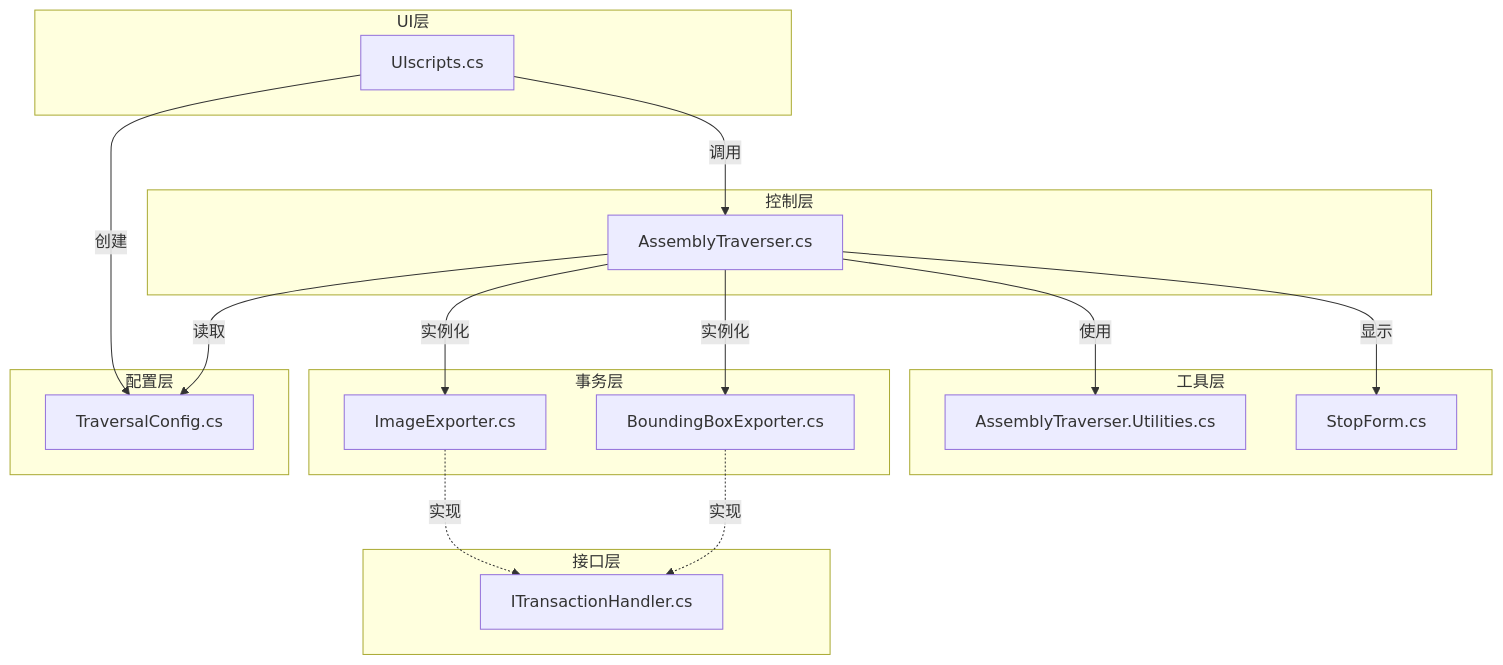
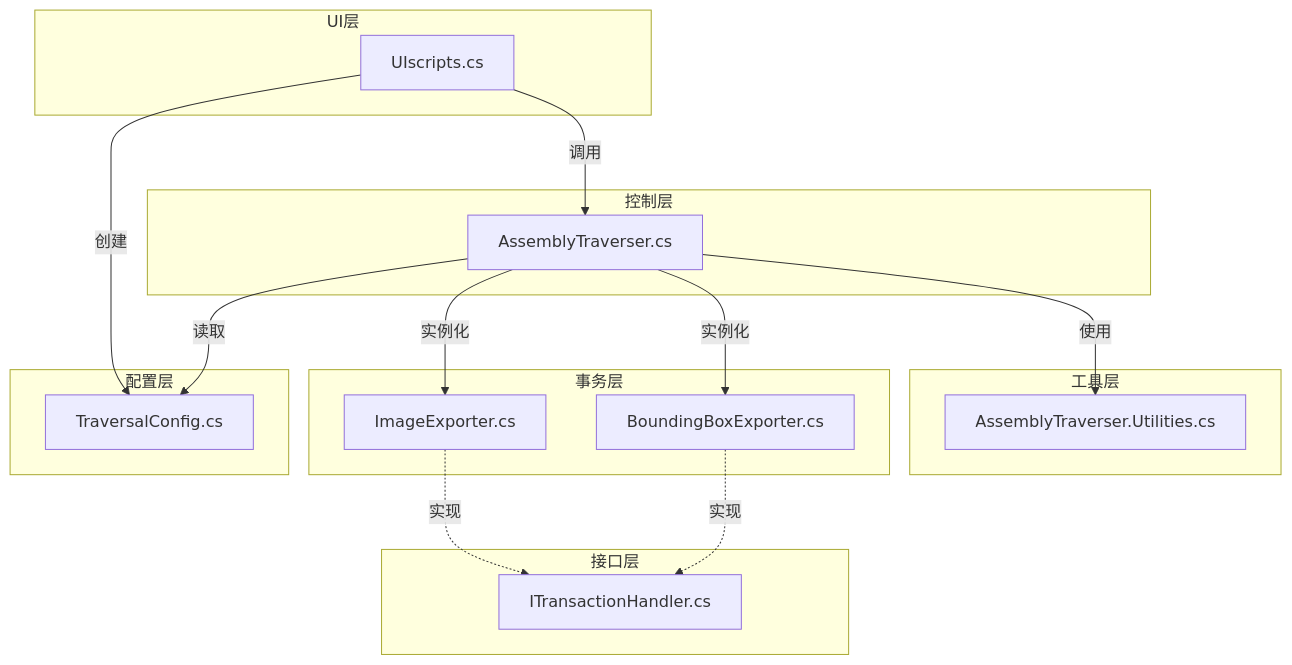
One commit to panhjt1/NX_Traverser changed the first of 2 diagrams in README.md. Above: the diagram before and after it, drawn with Mermaid. The commit also changed other lines of this file, not shown here.

````diff
--- a/README.md
+++ b/README.md
@@ -11,38 +11,36 @@
 ```mermaid
 flowchart TD
     subgraph UI层
         A[UIscripts.cs]
     end
     
     subgraph 配置层
         B[TraversalConfig.cs]
     end
     
     subgraph 控制层
         C[AssemblyTraverser.cs]
     end
     
     subgraph 事务层
         D[ImageExporter.cs]
         E[BoundingBoxExporter.cs]
     end
     
     subgraph 接口层
         F[ITransactionHandler.cs]
     end
     
     subgraph 工具层
         G[AssemblyTraverser.Utilities.cs]
-        H[StopForm.cs]
     end
     
     A -->|创建| B
     A -->|调用| C
     C -->|读取| B
     C -->|实例化| D
     C -->|实例化| E
     D -.->|实现| F
     E -.->|实现| F
     C -->|使用| G
-    C -->|显示| H
 ```
````
